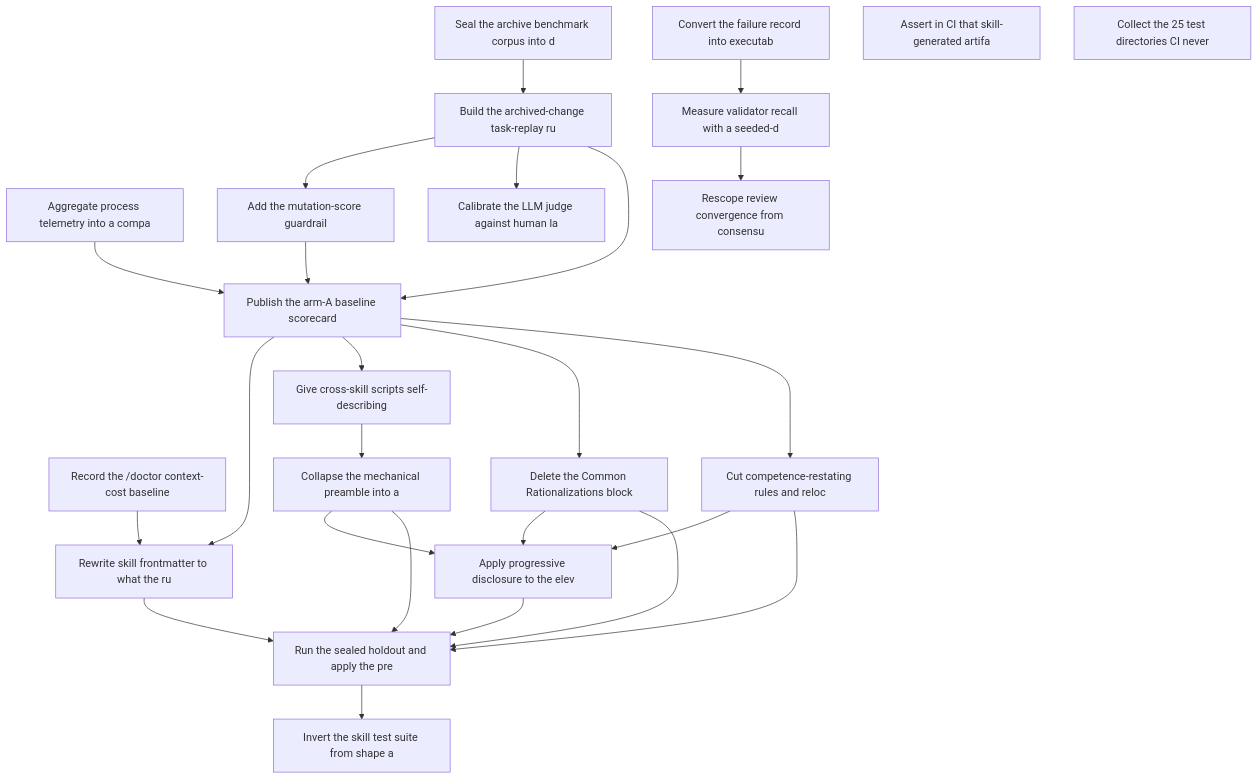
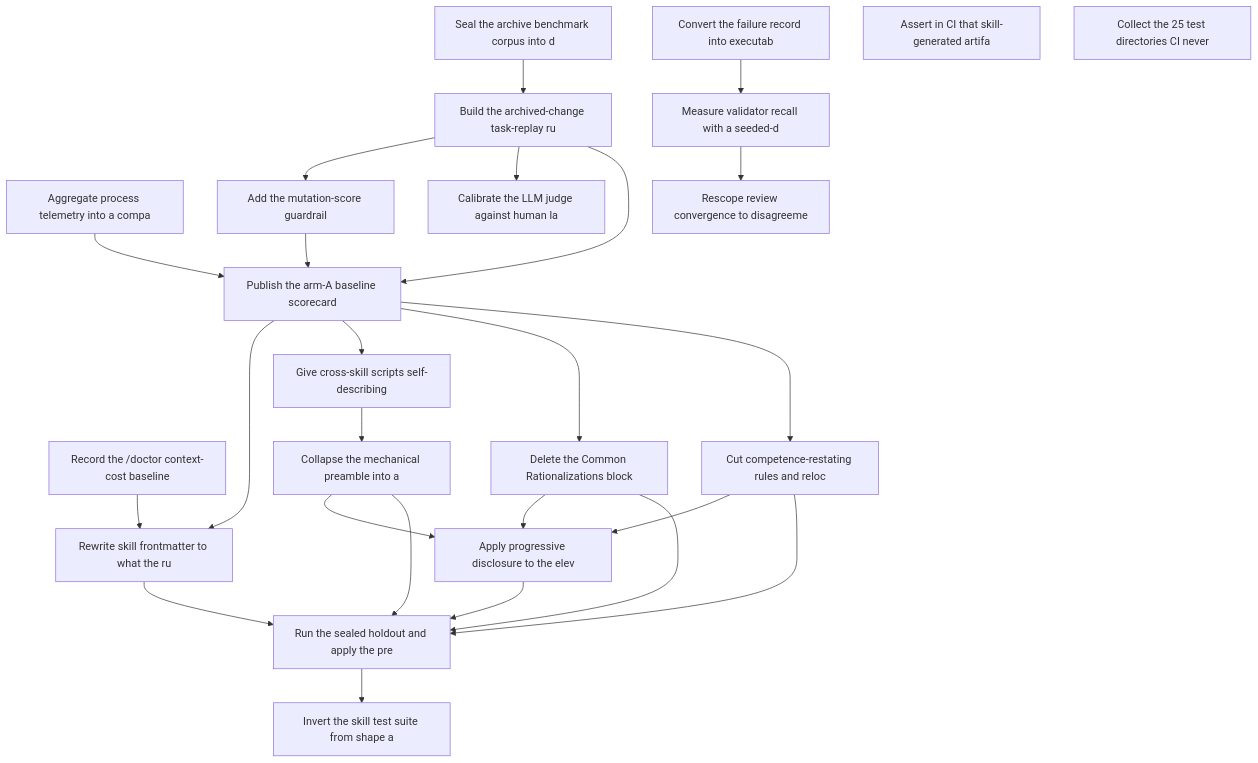
The diagram in openspec/roadmaps/skill-rightsizing/roadmap.md (jankneumann/agentic-coding-tools), drawn with Mermaid before and after one commit. The commit also changed other lines of this file and 1 other file, not shown here.

First line of the commit message:
feat(roadmap): refine skill-rightsizing

````diff
--- a/openspec/roadmaps/skill-rightsizing/roadmap.md
+++ b/openspec/roadmaps/skill-rightsizing/roadmap.md
@@ -37,46 +36,46 @@
 ```mermaid
 graph TD
     ri-01["Convert the failure record into executab"]
     ri-02["Seal the archive benchmark corpus into d"]
     ri-03["Aggregate process telemetry into a compa"]
     ri-04["Record the /doctor context-cost baseline"]
     ri-05["Build the archived-change task-replay ru"]
     ri-06["Measure validator recall with a seeded-d"]
     ri-07["Add the mutation-score guardrail"]
     ri-08["Calibrate the LLM judge against human la"]
     ri-09["Publish the arm-A baseline scorecard"]
     ri-10["Rewrite skill frontmatter to what the ru"]
     ri-11["Give cross-skill scripts self-describing"]
     ri-12["Collapse the mechanical preamble into a "]
     ri-13["Delete the Common Rationalizations block"]
     ri-14["Cut competence-restating rules and reloc"]
     ri-15["Apply progressive disclosure to the elev"]
-    ri-16["Rescope review convergence from consensu"]
+    ri-16["Rescope review convergence to disagreeme"]
     ri-17["Run the sealed holdout and apply the pre"]
     ri-18["Invert the skill test suite from shape a"]
     ri-19["Assert in CI that skill-generated artifa"]
     ri-20["Collect the 25 test directories CI never"]
     ri-02 --> ri-05
     ri-01 --> ri-06
     ri-05 --> ri-07
     ri-05 --> ri-08
     ri-03 --> ri-09
     ri-05 --> ri-09
     ri-07 --> ri-09
     ri-04 --> ri-10
     ri-09 --> ri-10
     ri-09 --> ri-11
     ri-11 --> ri-12
     ri-09 --> ri-13
     ri-09 --> ri-14
     ri-12 --> ri-15
     ri-13 --> ri-15
     ri-14 --> ri-15
     ri-06 --> ri-16
     ri-10 --> ri-17
     ri-12 --> ri-17
     ri-13 --> ri-17
     ri-14 --> ri-17
     ri-15 --> ri-17
     ri-17 --> ri-18
 ```
````
